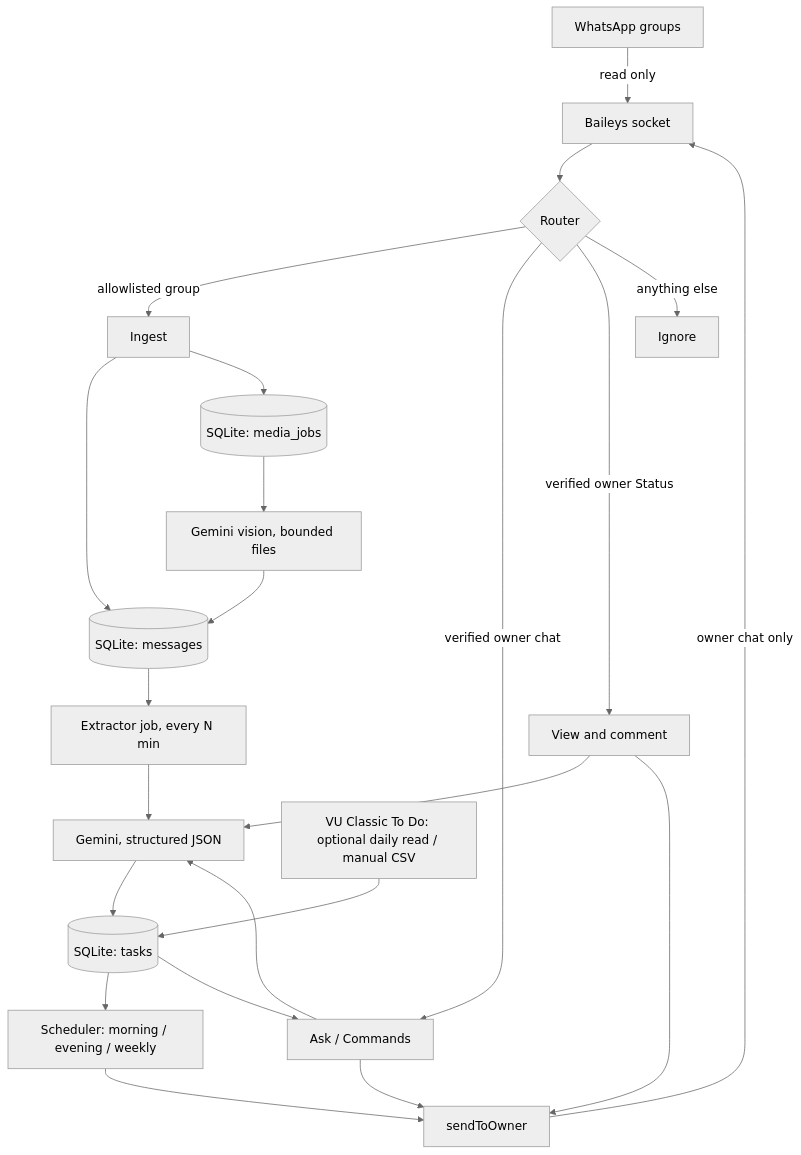
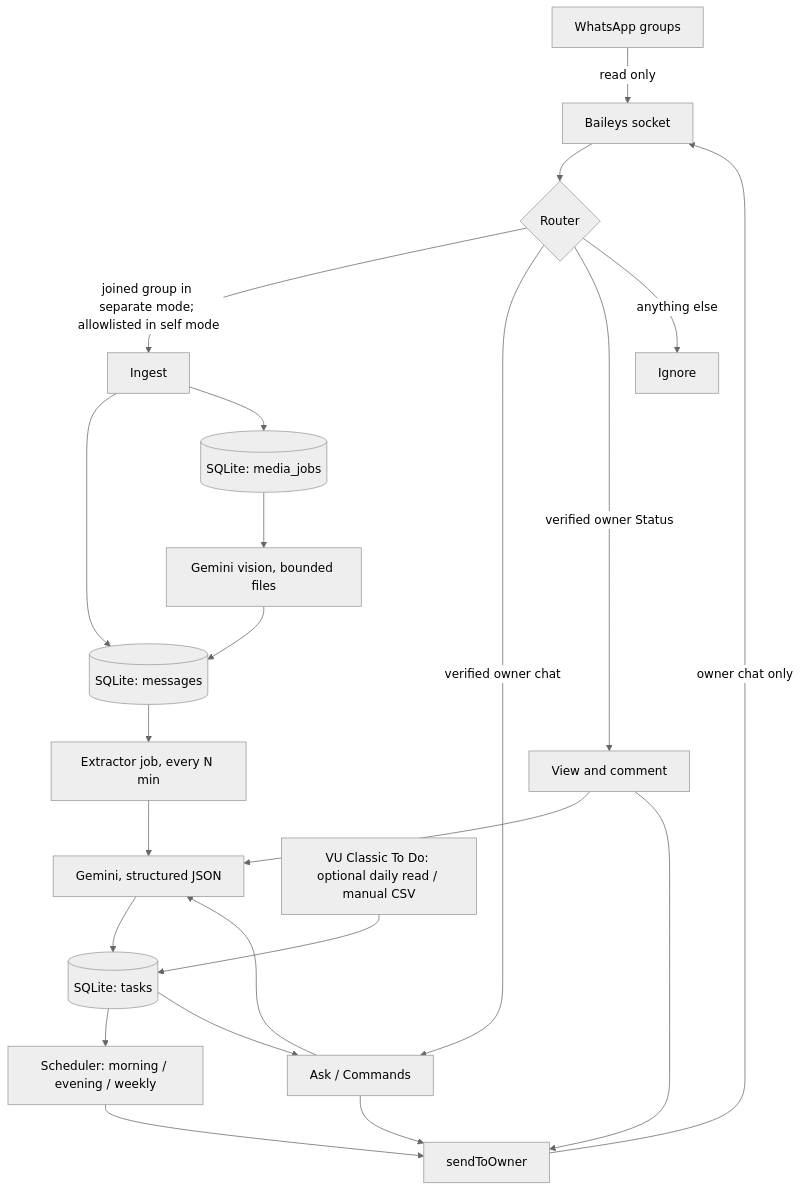
The diagram in ARCHITECTURE.md (Coding-Moves/maya-assistant), drawn with Mermaid (neutral theme) before and after one commit. The commit also changed other lines of this file and 5 other files, not shown here.

````diff
--- a/ARCHITECTURE.md
+++ b/ARCHITECTURE.md
@@ -14,25 +14,25 @@
 ```mermaid
 flowchart TD
     G[WhatsApp groups] -->|read only| W[Baileys socket]
     W --> R{Router}
-    R -->|allowlisted group| I[Ingest]
+    R -->|joined group in separate mode; allowlisted in self mode| I[Ingest]
     R -->|verified owner chat| Q[Ask / Commands]
     R -->|verified owner Status| ST[View and comment]
     R -->|anything else| X[Ignore]
     I --> DB[(SQLite: messages)]
     I --> MQ[(SQLite: media_jobs)]
     MQ --> MV[Gemini vision, bounded files]
     MV --> DB
     DB --> E[Extractor job, every N min]
     E --> AI[Gemini, structured JSON]
     AI --> T[(SQLite: tasks)]
     VU[VU Classic To Do: optional daily read / manual CSV] --> T
     T --> S[Scheduler: morning / evening / weekly]
     T --> Q
     Q --> AI
     ST --> AI
     S --> O[sendToOwner]
     Q --> O
     ST --> O
     O -->|owner chat only| W
 ```
````
